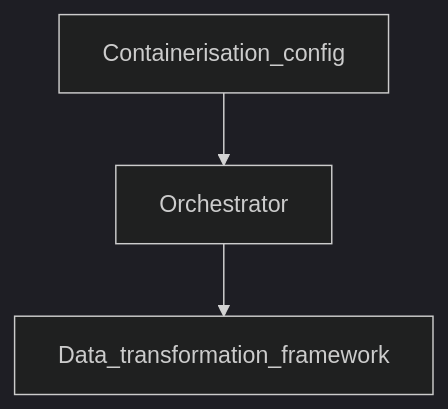
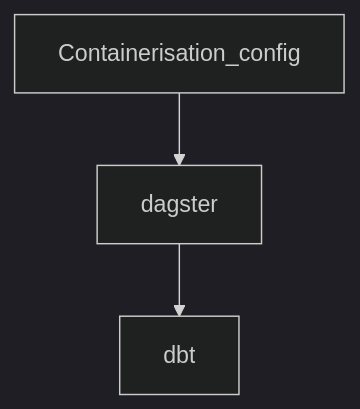
Before and after one commit to alxdembo/dp-dagster: the diagram in README.md, drawn with Mermaid (dark theme). The commit also changed other lines of this file and 26 other files, not shown here.

````diff
--- a/README.md
+++ b/README.md
@@ -5,5 +5,5 @@
 ```mermaid
 graph TD;
-    Containerisation_config-->Orchestrator;
-    Orchestrator-->Data_transformation_framework;
+    Containerisation_config-->dagster;
+    dagster-->dbt;
 ```
````
